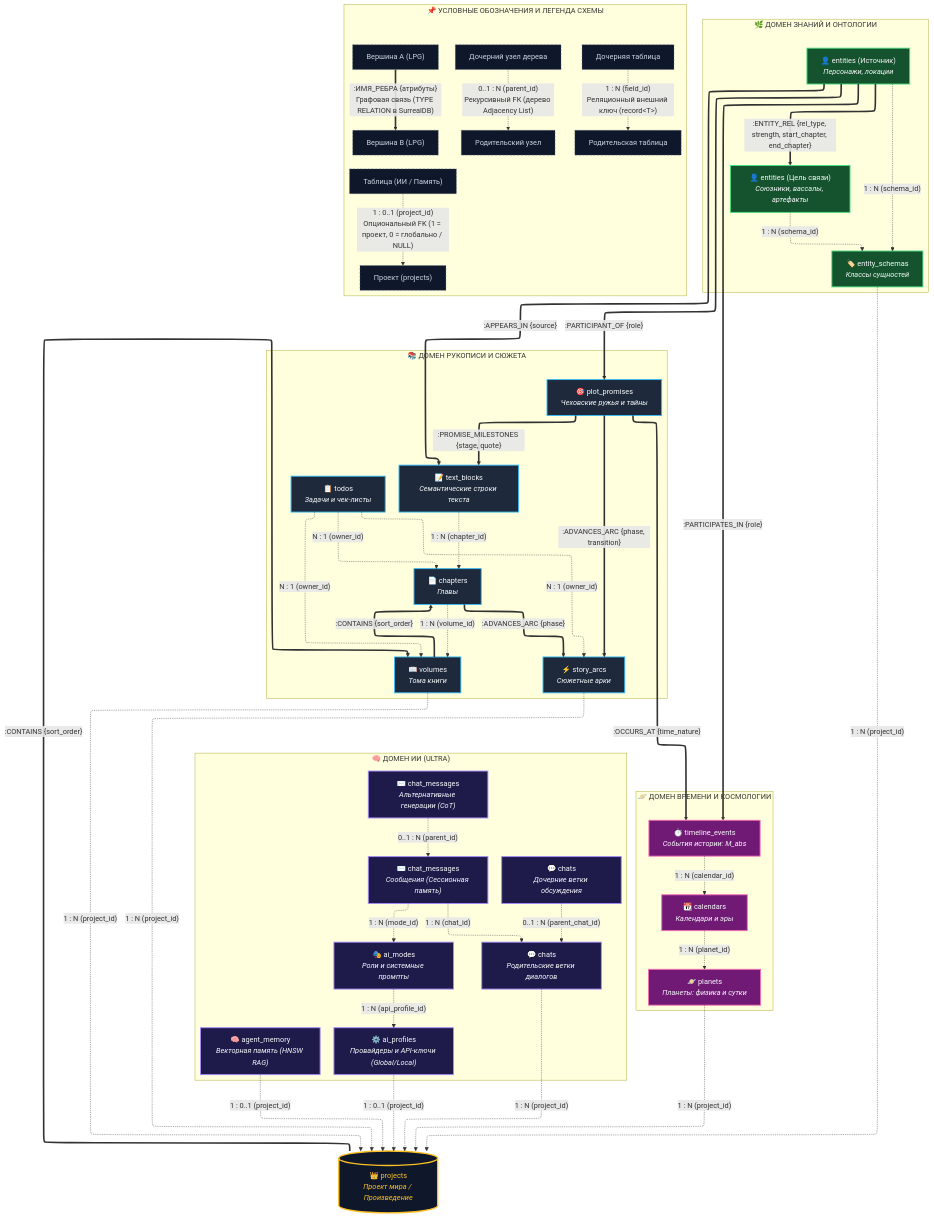
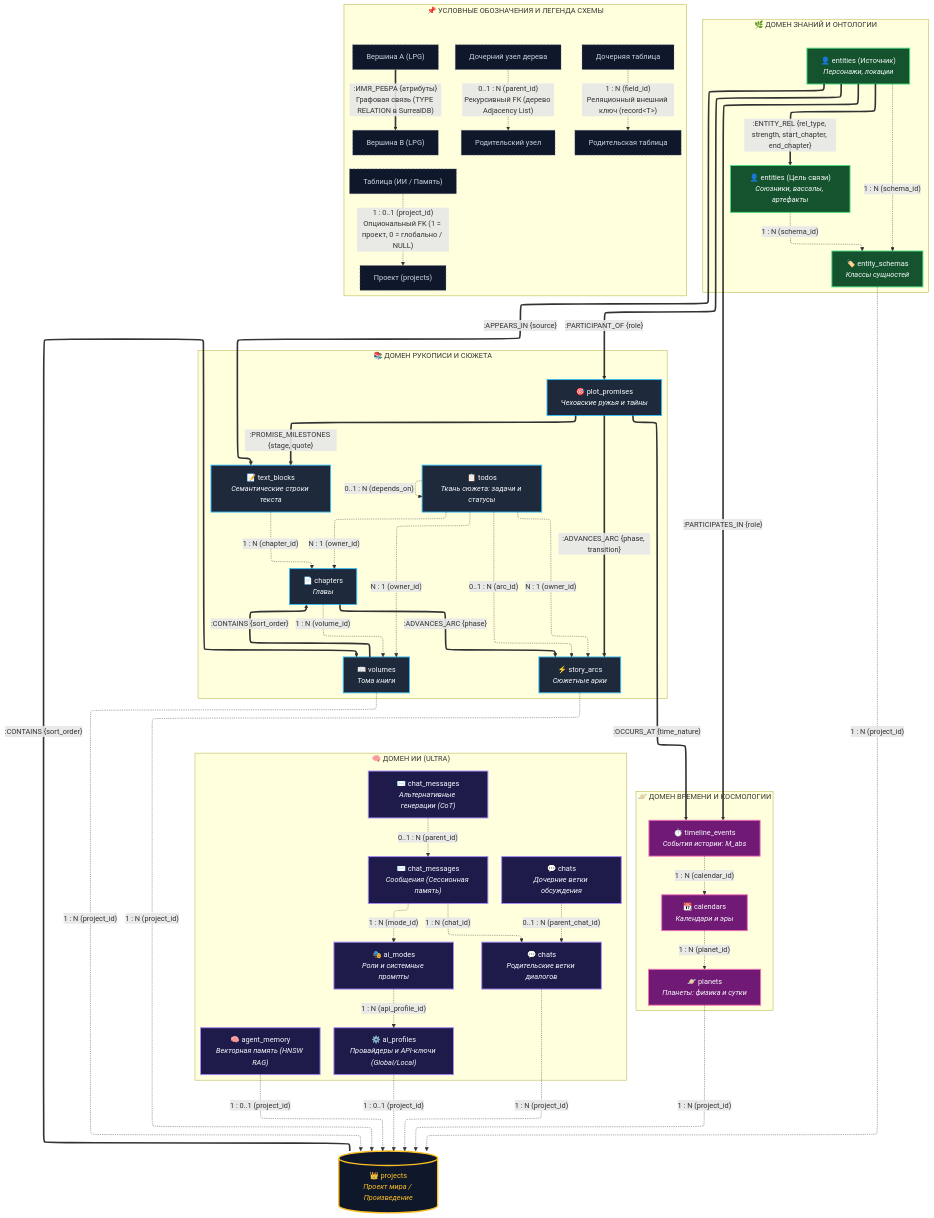
The diagram in docs/coursework/02_Исследовательская_часть/2.8_концептуальная_схема.md (nagisokyn-prog/WorldWiki), drawn with Mermaid before and after one commit. The commit also changed other lines of this file and 28 other files, not shown here.

Commit message:
feat: add plot planning panel, sync modal, and SurrealDB analytics schema functions

```diff
--- a/docs/coursework/02_Исследовательская_часть/2.8_концептуальная_схема.md
+++ b/docs/coursework/02_Исследовательская_часть/2.8_концептуальная_схема.md
@@ -78,7 +78,7 @@
         TextBlocks["📝 text_blocks<br/><i>Семантические строки текста</i>"]:::narrative
         StoryArcs["⚡ story_arcs<br/><i>Сюжетные арки</i>"]:::narrative
         PlotPromises["🎯 plot_promises<br/><i>Чеховские ружья и тайны</i>"]:::narrative
-        Todos["📋 todos<br/><i>Задачи и чек-листы</i>"]:::narrative
+        Todos["📋 todos<br/><i>Ткань сюжета: задачи и статусы</i>"]:::narrative
     end
 
     %% ==========================================
@@ -148,10 +148,12 @@
     TextBlocks -.->|"1 : N (chapter_id)"| Chapters
     StoryArcs -.->|"1 : N (project_id)"| Project
 
-    %% Задачи планировщика: полиморфная связь N:1 без циклов
+    %% Задачи планировщика: полиморфный владелец N:1 и сюжетные зависимости
     Todos -.->|"N : 1 (owner_id)"| Volumes
     Todos -.->|"N : 1 (owner_id)"| Chapters
     Todos -.->|"N : 1 (owner_id)"| StoryArcs
+    Todos -.->|"0..1 : N (arc_id)"| StoryArcs
+    Todos -.->|"0..1 : N (depends_on)"| Todos
 
     %% Онтология: схема закреплена за проектом, сущность типизирована схемой
     EntitySchemas -.->|"1 : N (project_id)"| Project
```
